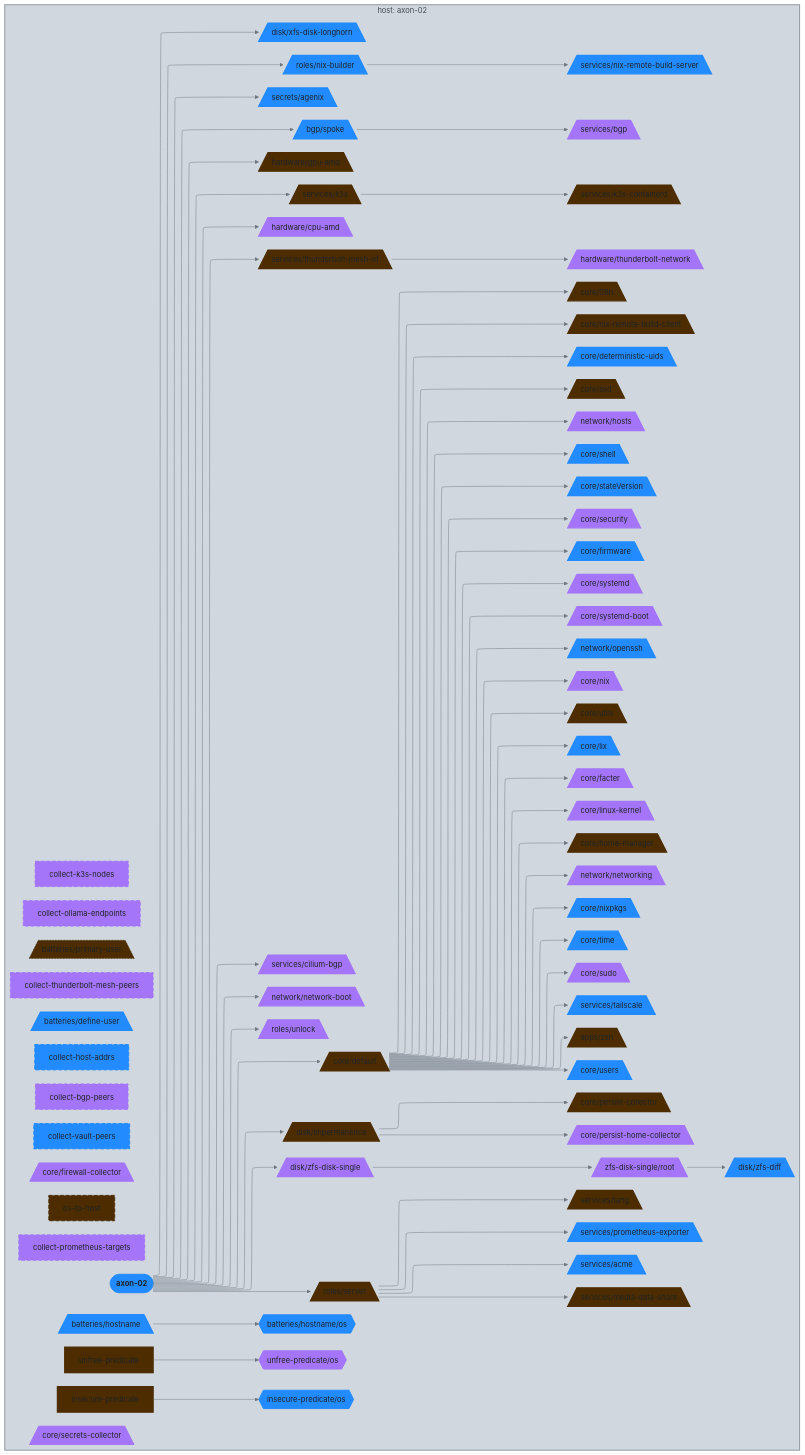
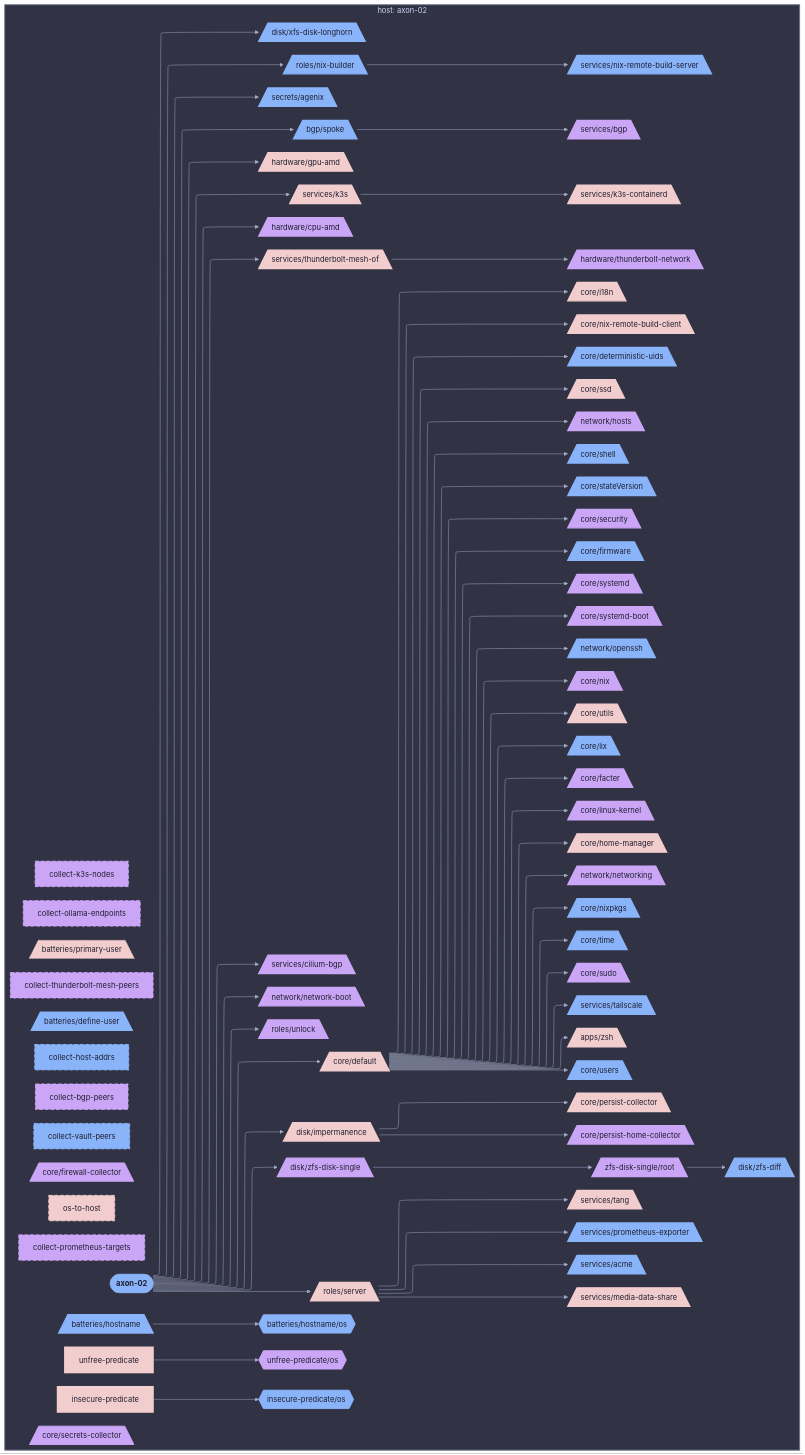
The diagram in diagrams/hosts/axon-02/aspects.md (sini/nix-config), drawn with Mermaid before and after one commit. The commit also changed 142 other files, not shown here.

First line of the commit message:
feat(diagrams): use projectScope for per-host/user views

````diff
--- a/diagrams/hosts/axon-02/aspects.md
+++ b/diagrams/hosts/axon-02/aspects.md
@@ -5,5 +5,5 @@
 ```mermaid
-%%{init: {"elk":{"mergeEdges":true,"nodePlacementStrategy":"BRANDES_KOEPF"},"flowchart":{"wrappingWidth":600},"layout":"elk","theme":"base","themeVariables":{"activationBkgColor":"#d0d7de","activationBorderColor":"#8c959f","actorBkg":"#d0d7de","actorBorder":"#6e7781","actorLineColor":"#6e7781","actorTextColor":"#424a53","background":"#eaeef2","classText":"#424a53","clusterBkg":"#d0d7de","clusterBorder":"#8c959f","edgeLabelBackground":"#eaeef2","labelBoxBkgColor":"#d0d7de","labelBoxBorderColor":"#6e7781","labelTextColor":"#424a53","lineColor":"#6e7781","loopTextColor":"#424a53","mainBkg":"#d0d7de","nodeBkg":"#d0d7de","nodeBorder":"#6e7781","nodeTextColor":"#424a53","noteBkgColor":"#d0d7de","noteBorderColor":"#8c959f","noteTextColor":"#424a53","pie1":"#fa4549","pie2":"#e16f24","pie3":"#bf8700","pie4":"#2da44e","pie5":"#339D9B","pie6":"#218bff","pie7":"#a475f9","pie8":"#4d2d00","pieLegendTextColor":"#424a53","pieOuterStrokeColor":"#8c959f","pieSectionTextColor":"#424a53","pieStrokeColor":"#8c959f","pieTitleTextColor":"#424a53","primaryBorderColor":"#6e7781","primaryColor":"#d0d7de","primaryTextColor":"#424a53","secondBkg":"#d0d7de","secondaryBorderColor":"#8c959f","secondaryColor":"#d0d7de","secondaryTextColor":"#424a53","sequenceNumberColor":"#eaeef2","signalColor":"#6e7781","signalTextColor":"#424a53","tertiaryBorderColor":"#8c959f","tertiaryColor":"#d0d7de","tertiaryTextColor":"#424a53","textColor":"#424a53","titleColor":"#424a53"}}}%%
+%%{init: {"elk":{"mergeEdges":true,"nodePlacementStrategy":"BRANDES_KOEPF"},"flowchart":{"wrappingWidth":600},"layout":"elk","theme":"base","themeVariables":{"activationBkgColor":"#313244","activationBorderColor":"#6c7086","actorBkg":"#313244","actorBorder":"#a6adc8","actorLineColor":"#a6adc8","actorTextColor":"#cdd6f4","background":"#1e1e2e","classText":"#cdd6f4","clusterBkg":"#313244","clusterBorder":"#6c7086","edgeLabelBackground":"#1e1e2e","labelBoxBkgColor":"#313244","labelBoxBorderColor":"#a6adc8","labelTextColor":"#cdd6f4","lineColor":"#a6adc8","loopTextColor":"#cdd6f4","mainBkg":"#313244","nodeBkg":"#313244","nodeBorder":"#a6adc8","nodeTextColor":"#cdd6f4","noteBkgColor":"#313244","noteBorderColor":"#6c7086","noteTextColor":"#cdd6f4","pie1":"#f38ba8","pie2":"#fab387","pie3":"#f9e2af","pie4":"#a6e3a1","pie5":"#94e2d5","pie6":"#89b4fa","pie7":"#cba6f7","pie8":"#f2cdcd","pieLegendTextColor":"#cdd6f4","pieOuterStrokeColor":"#6c7086","pieSectionTextColor":"#cdd6f4","pieStrokeColor":"#6c7086","pieTitleTextColor":"#cdd6f4","primaryBorderColor":"#a6adc8","primaryColor":"#313244","primaryTextColor":"#cdd6f4","secondBkg":"#313244","secondaryBorderColor":"#6c7086","secondaryColor":"#313244","secondaryTextColor":"#cdd6f4","sequenceNumberColor":"#1e1e2e","signalColor":"#a6adc8","signalTextColor":"#cdd6f4","tertiaryBorderColor":"#6c7086","tertiaryColor":"#313244","tertiaryTextColor":"#cdd6f4","textColor":"#cdd6f4","titleColor":"#cdd6f4"}}}%%
 graph LR
   axon_02([axon-02]):::root
 
@@ -136,85 +136,85 @@
   end
 
 
-  classDef root fill:#218bff,stroke:#218bff,color:#1f2328,font-weight:bold
-  classDef services__acme_c fill:#218bff,stroke:#218bff,color:#1f2328,stroke-width:3px
-  classDef secrets__agenix_c fill:#218bff,stroke:#218bff,color:#1f2328,stroke-width:3px
-  classDef apps_c fill:#2da44e,stroke:#2da44e,color:#1f2328,stroke-dasharray: 3 3,stroke-width:1px
-  classDef axon_02_c fill:#a475f9,stroke:#a475f9,color:#1f2328,stroke-width:3px
-  classDef services__bgp_c fill:#a475f9,stroke:#a475f9,color:#1f2328,stroke-width:3px
-  classDef services__cilium_bgp_c fill:#a475f9,stroke:#a475f9,color:#1f2328,stroke-width:3px
-  classDef collect_bgp_peers_c fill:#a475f9,stroke:#a475f9,color:#1f2328,stroke-width:2px,stroke-dasharray: 8 4
-  classDef collect_host_addrs_c fill:#218bff,stroke:#218bff,color:#1f2328,stroke-width:2px,stroke-dasharray: 8 4
-  classDef collect_k3s_nodes_c fill:#a475f9,stroke:#a475f9,color:#1f2328,stroke-width:2px,stroke-dasharray: 8 4
-  classDef collect_ollama_endpoints_c fill:#a475f9,stroke:#a475f9,color:#1f2328,stroke-width:2px,stroke-dasharray: 8 4
-  classDef collect_prometheus_targets_c fill:#a475f9,stroke:#a475f9,color:#1f2328,stroke-width:2px,stroke-dasharray: 8 4
-  classDef collect_thunderbolt_mesh_peers_c fill:#a475f9,stroke:#a475f9,color:#1f2328,stroke-width:2px,stroke-dasharray: 8 4
-  classDef collect_vault_peers_c fill:#218bff,stroke:#218bff,color:#1f2328,stroke-width:2px,stroke-dasharray: 8 4
-  classDef core_c fill:#bf8700,stroke:#bf8700,color:#1f2328,stroke-dasharray: 3 3,stroke-width:1px
-  classDef hardware__cpu_amd_c fill:#a475f9,stroke:#a475f9,color:#1f2328,stroke-width:3px
-  classDef core__default_c fill:#4d2d00,stroke:#4d2d00,color:#1f2328,stroke-width:3px
-  classDef den__batteries__define_user_c fill:#218bff,stroke:#218bff,color:#1f2328,stroke-width:3px
-  classDef core__deterministic_uids_c fill:#218bff,stroke:#218bff,color:#1f2328,stroke-width:3px
-  classDef disk_c fill:#2da44e,stroke:#2da44e,color:#1f2328,stroke-dasharray: 3 3,stroke-width:1px
-  classDef core__facter_c fill:#a475f9,stroke:#a475f9,color:#1f2328,stroke-width:3px
-  classDef core__firewall_collector_c fill:#a475f9,stroke:#a475f9,color:#1f2328,stroke-width:2px
-  classDef core__firmware_c fill:#218bff,stroke:#218bff,color:#1f2328,stroke-width:3px
-  classDef hardware__gpu_amd_c fill:#4d2d00,stroke:#4d2d00,color:#1f2328,stroke-width:3px
-  classDef hardware_c fill:#2da44e,stroke:#2da44e,color:#1f2328,stroke-dasharray: 3 3,stroke-width:1px
-  classDef core__home_manager_c fill:#4d2d00,stroke:#4d2d00,color:#1f2328,stroke-width:3px
-  classDef den__batteries__hostname_c fill:#218bff,stroke:#218bff,color:#1f2328,stroke-width:3px
-  classDef den__batteries__hostname__os_c fill:#218bff,stroke:#218bff,color:#1f2328,stroke-width:2px
-  classDef network__hosts_c fill:#a475f9,stroke:#a475f9,color:#1f2328,stroke-width:3px
-  classDef core__i18n_c fill:#4d2d00,stroke:#4d2d00,color:#1f2328,stroke-width:3px
-  classDef disk__impermanence_c fill:#4d2d00,stroke:#4d2d00,color:#1f2328,stroke-width:3px
-  classDef insecure_predicate_c fill:#4d2d00,stroke:#4d2d00,color:#1f2328,stroke-width:3px
-  classDef insecure_predicate__os_c fill:#218bff,stroke:#218bff,color:#1f2328,stroke-width:2px
-  classDef services__k3s_c fill:#4d2d00,stroke:#4d2d00,color:#1f2328,stroke-width:3px
-  classDef services__k3s_containerd_c fill:#4d2d00,stroke:#4d2d00,color:#1f2328,stroke-width:3px
-  classDef core__linux_kernel_c fill:#a475f9,stroke:#a475f9,color:#1f2328,stroke-width:3px
-  classDef core__lix_c fill:#218bff,stroke:#218bff,color:#1f2328,stroke-width:3px
-  classDef services__media_data_share_c fill:#4d2d00,stroke:#4d2d00,color:#1f2328,stroke-width:3px
-  classDef network_c fill:#e16f24,stroke:#e16f24,color:#1f2328,stroke-dasharray: 3 3,stroke-width:1px
-  classDef network__network_boot_c fill:#a475f9,stroke:#a475f9,color:#1f2328,stroke-width:3px
-  classDef network__networking_c fill:#a475f9,stroke:#a475f9,color:#1f2328,stroke-width:3px
-  classDef core__nix_c fill:#a475f9,stroke:#a475f9,color:#1f2328,stroke-width:3px
-  classDef roles__nix_builder_c fill:#218bff,stroke:#218bff,color:#1f2328,stroke-width:3px
-  classDef core__nix_remote_build_client_c fill:#4d2d00,stroke:#4d2d00,color:#1f2328,stroke-width:3px
-  classDef services__nix_remote_build_server_c fill:#218bff,stroke:#218bff,color:#1f2328,stroke-width:3px
-  classDef core__nixpkgs_c fill:#218bff,stroke:#218bff,color:#1f2328,stroke-width:3px
-  classDef network__openssh_c fill:#218bff,stroke:#218bff,color:#1f2328,stroke-width:3px
-  classDef os_to_host_c fill:#4d2d00,stroke:#4d2d00,color:#1f2328,stroke-width:2px,stroke-dasharray: 8 4
-  classDef core__persist_collector_c fill:#4d2d00,stroke:#4d2d00,color:#1f2328,stroke-width:3px
-  classDef core__persist_home_collector_c fill:#a475f9,stroke:#a475f9,color:#1f2328,stroke-width:3px
-  classDef den__batteries__primary_user_c fill:#4d2d00,stroke:#4d2d00,color:#1f2328,stroke-dasharray: 3 3,stroke-width:1px
-  classDef services__prometheus_exporter_c fill:#218bff,stroke:#218bff,color:#1f2328,stroke-width:3px
-  classDef roles_c fill:#2da44e,stroke:#2da44e,color:#1f2328,stroke-dasharray: 3 3,stroke-width:1px
-  classDef disk__zfs_disk_single__root_c fill:#a475f9,stroke:#a475f9,color:#1f2328,stroke-width:3px
-  classDef secrets_c fill:#bf8700,stroke:#bf8700,color:#1f2328,stroke-dasharray: 3 3,stroke-width:1px
-  classDef core__secrets_collector_c fill:#a475f9,stroke:#a475f9,color:#1f2328,stroke-width:2px
-  classDef core__security_c fill:#a475f9,stroke:#a475f9,color:#1f2328,stroke-width:3px
-  classDef roles__server_c fill:#4d2d00,stroke:#4d2d00,color:#1f2328,stroke-width:3px
-  classDef services_c fill:#2da44e,stroke:#2da44e,color:#1f2328,stroke-dasharray: 3 3,stroke-width:1px
-  classDef core__shell_c fill:#218bff,stroke:#218bff,color:#1f2328,stroke-width:3px
-  classDef services__bgp__spoke_c fill:#218bff,stroke:#218bff,color:#1f2328,stroke-width:3px
-  classDef core__ssd_c fill:#4d2d00,stroke:#4d2d00,color:#1f2328,stroke-width:3px
-  classDef core__stateVersion_c fill:#218bff,stroke:#218bff,color:#1f2328,stroke-width:3px
-  classDef core__sudo_c fill:#a475f9,stroke:#a475f9,color:#1f2328,stroke-width:3px
-  classDef core__systemd_c fill:#a475f9,stroke:#a475f9,color:#1f2328,stroke-width:3px
-  classDef core__systemd_boot_c fill:#a475f9,stroke:#a475f9,color:#1f2328,stroke-width:3px
-  classDef services__tailscale_c fill:#218bff,stroke:#218bff,color:#1f2328,stroke-width:3px
-  classDef services__tang_c fill:#4d2d00,stroke:#4d2d00,color:#1f2328,stroke-width:3px
-  classDef services__thunderbolt_mesh_of_c fill:#4d2d00,stroke:#4d2d00,color:#1f2328,stroke-width:3px
-  classDef hardware__thunderbolt_network_c fill:#a475f9,stroke:#a475f9,color:#1f2328,stroke-width:3px
-  classDef core__time_c fill:#218bff,stroke:#218bff,color:#1f2328,stroke-width:3px
-  classDef unfree_predicate_c fill:#4d2d00,stroke:#4d2d00,color:#1f2328,stroke-width:3px
-  classDef unfree_predicate__os_c fill:#a475f9,stroke:#a475f9,color:#1f2328,stroke-width:2px
-  classDef roles__unlock_c fill:#a475f9,stroke:#a475f9,color:#1f2328,stroke-width:3px
-  classDef core__users_c fill:#218bff,stroke:#218bff,color:#1f2328,stroke-width:3px
-  classDef core__utils_c fill:#4d2d00,stroke:#4d2d00,color:#1f2328,stroke-width:3px
-  classDef disk__xfs_disk_longhorn_c fill:#218bff,stroke:#218bff,color:#1f2328,stroke-width:3px
-  classDef disk__zfs_diff_c fill:#218bff,stroke:#218bff,color:#1f2328,stroke-width:3px
-  classDef disk__zfs_disk_single_c fill:#a475f9,stroke:#a475f9,color:#1f2328,stroke-width:3px
-  classDef apps__zsh_c fill:#4d2d00,stroke:#4d2d00,color:#1f2328,stroke-width:3px
-style ctx_host_axon_02 fill:#d0d7de,stroke:#8c959f,stroke-width:2px
+  classDef root fill:#89b4fa,stroke:#89b4fa,color:#1e1e2e,font-weight:bold
+  classDef services__acme_c fill:#89b4fa,stroke:#89b4fa,color:#1e1e2e,stroke-width:3px
+  classDef secrets__agenix_c fill:#89b4fa,stroke:#89b4fa,color:#1e1e2e,stroke-width:3px
+  classDef apps_c fill:#a6e3a1,stroke:#a6e3a1,color:#1e1e2e,stroke-dasharray: 3 3,stroke-width:1px
+  classDef axon_02_c fill:#cba6f7,stroke:#cba6f7,color:#1e1e2e,stroke-width:3px
+  classDef services__bgp_c fill:#cba6f7,stroke:#cba6f7,color:#1e1e2e,stroke-width:3px
+  classDef services__cilium_bgp_c fill:#cba6f7,stroke:#cba6f7,color:#1e1e2e,stroke-width:3px
+  classDef collect_bgp_peers_c fill:#cba6f7,stroke:#cba6f7,color:#1e1e2e,stroke-width:2px,stroke-dasharray: 8 4
+  classDef collect_host_addrs_c fill:#89b4fa,stroke:#89b4fa,color:#1e1e2e,stroke-width:2px,stroke-dasharray: 8 4
+  classDef collect_k3s_nodes_c fill:#cba6f7,stroke:#cba6f7,color:#1e1e2e,stroke-width:2px,stroke-dasharray: 8 4
+  classDef collect_ollama_endpoints_c fill:#cba6f7,stroke:#cba6f7,color:#1e1e2e,stroke-width:2px,stroke-dasharray: 8 4
+  classDef collect_prometheus_targets_c fill:#cba6f7,stroke:#cba6f7,color:#1e1e2e,stroke-width:2px,stroke-dasharray: 8 4
+  classDef collect_thunderbolt_mesh_peers_c fill:#cba6f7,stroke:#cba6f7,color:#1e1e2e,stroke-width:2px,stroke-dasharray: 8 4
+  classDef collect_vault_peers_c fill:#89b4fa,stroke:#89b4fa,color:#1e1e2e,stroke-width:2px,stroke-dasharray: 8 4
+  classDef core_c fill:#f9e2af,stroke:#f9e2af,color:#1e1e2e,stroke-dasharray: 3 3,stroke-width:1px
+  classDef hardware__cpu_amd_c fill:#cba6f7,stroke:#cba6f7,color:#1e1e2e,stroke-width:3px
+  classDef core__default_c fill:#f2cdcd,stroke:#f2cdcd,color:#1e1e2e,stroke-width:3px
+  classDef den__batteries__define_user_c fill:#89b4fa,stroke:#89b4fa,color:#1e1e2e,stroke-width:3px
+  classDef core__deterministic_uids_c fill:#89b4fa,stroke:#89b4fa,color:#1e1e2e,stroke-width:3px
+  classDef disk_c fill:#a6e3a1,stroke:#a6e3a1,color:#1e1e2e,stroke-dasharray: 3 3,stroke-width:1px
+  classDef core__facter_c fill:#cba6f7,stroke:#cba6f7,color:#1e1e2e,stroke-width:3px
+  classDef core__firewall_collector_c fill:#cba6f7,stroke:#cba6f7,color:#1e1e2e,stroke-width:2px
+  classDef core__firmware_c fill:#89b4fa,stroke:#89b4fa,color:#1e1e2e,stroke-width:3px
+  classDef hardware__gpu_amd_c fill:#f2cdcd,stroke:#f2cdcd,color:#1e1e2e,stroke-width:3px
+  classDef hardware_c fill:#a6e3a1,stroke:#a6e3a1,color:#1e1e2e,stroke-dasharray: 3 3,stroke-width:1px
+  classDef core__home_manager_c fill:#f2cdcd,stroke:#f2cdcd,color:#1e1e2e,stroke-width:3px
+  classDef den__batteries__hostname_c fill:#89b4fa,stroke:#89b4fa,color:#1e1e2e,stroke-width:3px
+  classDef den__batteries__hostname__os_c fill:#89b4fa,stroke:#89b4fa,color:#1e1e2e,stroke-width:2px
+  classDef network__hosts_c fill:#cba6f7,stroke:#cba6f7,color:#1e1e2e,stroke-width:3px
+  classDef core__i18n_c fill:#f2cdcd,stroke:#f2cdcd,color:#1e1e2e,stroke-width:3px
+  classDef disk__impermanence_c fill:#f2cdcd,stroke:#f2cdcd,color:#1e1e2e,stroke-width:3px
+  classDef insecure_predicate_c fill:#f2cdcd,stroke:#f2cdcd,color:#1e1e2e,stroke-width:3px
+  classDef insecure_predicate__os_c fill:#89b4fa,stroke:#89b4fa,color:#1e1e2e,stroke-width:2px
+  classDef services__k3s_c fill:#f2cdcd,stroke:#f2cdcd,color:#1e1e2e,stroke-width:3px
+  classDef services__k3s_containerd_c fill:#f2cdcd,stroke:#f2cdcd,color:#1e1e2e,stroke-width:3px
+  classDef core__linux_kernel_c fill:#cba6f7,stroke:#cba6f7,color:#1e1e2e,stroke-width:3px
+  classDef core__lix_c fill:#89b4fa,stroke:#89b4fa,color:#1e1e2e,stroke-width:3px
+  classDef services__media_data_share_c fill:#f2cdcd,stroke:#f2cdcd,color:#1e1e2e,stroke-width:3px
+  classDef network_c fill:#fab387,stroke:#fab387,color:#1e1e2e,stroke-dasharray: 3 3,stroke-width:1px
+  classDef network__network_boot_c fill:#cba6f7,stroke:#cba6f7,color:#1e1e2e,stroke-width:3px
+  classDef network__networking_c fill:#cba6f7,stroke:#cba6f7,color:#1e1e2e,stroke-width:3px
+  classDef core__nix_c fill:#cba6f7,stroke:#cba6f7,color:#1e1e2e,stroke-width:3px
+  classDef roles__nix_builder_c fill:#89b4fa,stroke:#89b4fa,color:#1e1e2e,stroke-width:3px
+  classDef core__nix_remote_build_client_c fill:#f2cdcd,stroke:#f2cdcd,color:#1e1e2e,stroke-width:3px
+  classDef services__nix_remote_build_server_c fill:#89b4fa,stroke:#89b4fa,color:#1e1e2e,stroke-width:3px
+  classDef core__nixpkgs_c fill:#89b4fa,stroke:#89b4fa,color:#1e1e2e,stroke-width:3px
+  classDef network__openssh_c fill:#89b4fa,stroke:#89b4fa,color:#1e1e2e,stroke-width:3px
+  classDef os_to_host_c fill:#f2cdcd,stroke:#f2cdcd,color:#1e1e2e,stroke-width:2px,stroke-dasharray: 8 4
+  classDef core__persist_collector_c fill:#f2cdcd,stroke:#f2cdcd,color:#1e1e2e,stroke-width:3px
+  classDef core__persist_home_collector_c fill:#cba6f7,stroke:#cba6f7,color:#1e1e2e,stroke-width:3px
+  classDef den__batteries__primary_user_c fill:#f2cdcd,stroke:#f2cdcd,color:#1e1e2e,stroke-dasharray: 3 3,stroke-width:1px
+  classDef services__prometheus_exporter_c fill:#89b4fa,stroke:#89b4fa,color:#1e1e2e,stroke-width:3px
+  classDef roles_c fill:#a6e3a1,stroke:#a6e3a1,color:#1e1e2e,stroke-dasharray: 3 3,stroke-width:1px
+  classDef disk__zfs_disk_single__root_c fill:#cba6f7,stroke:#cba6f7,color:#1e1e2e,stroke-width:3px
+  classDef secrets_c fill:#f9e2af,stroke:#f9e2af,color:#1e1e2e,stroke-dasharray: 3 3,stroke-width:1px
+  classDef core__secrets_collector_c fill:#cba6f7,stroke:#cba6f7,color:#1e1e2e,stroke-width:2px
+  classDef core__security_c fill:#cba6f7,stroke:#cba6f7,color:#1e1e2e,stroke-width:3px
+  classDef roles__server_c fill:#f2cdcd,stroke:#f2cdcd,color:#1e1e2e,stroke-width:3px
+  classDef services_c fill:#a6e3a1,stroke:#a6e3a1,color:#1e1e2e,stroke-dasharray: 3 3,stroke-width:1px
+  classDef core__shell_c fill:#89b4fa,stroke:#89b4fa,color:#1e1e2e,stroke-width:3px
+  classDef services__bgp__spoke_c fill:#89b4fa,stroke:#89b4fa,color:#1e1e2e,stroke-width:3px
+  classDef core__ssd_c fill:#f2cdcd,stroke:#f2cdcd,color:#1e1e2e,stroke-width:3px
+  classDef core__stateVersion_c fill:#89b4fa,stroke:#89b4fa,color:#1e1e2e,stroke-width:3px
+  classDef core__sudo_c fill:#cba6f7,stroke:#cba6f7,color:#1e1e2e,stroke-width:3px
+  classDef core__systemd_c fill:#cba6f7,stroke:#cba6f7,color:#1e1e2e,stroke-width:3px
+  classDef core__systemd_boot_c fill:#cba6f7,stroke:#cba6f7,color:#1e1e2e,stroke-width:3px
+  classDef services__tailscale_c fill:#89b4fa,stroke:#89b4fa,color:#1e1e2e,stroke-width:3px
+  classDef services__tang_c fill:#f2cdcd,stroke:#f2cdcd,color:#1e1e2e,stroke-width:3px
+  classDef services__thunderbolt_mesh_of_c fill:#f2cdcd,stroke:#f2cdcd,color:#1e1e2e,stroke-width:3px
+  classDef hardware__thunderbolt_network_c fill:#cba6f7,stroke:#cba6f7,color:#1e1e2e,stroke-width:3px
+  classDef core__time_c fill:#89b4fa,stroke:#89b4fa,color:#1e1e2e,stroke-width:3px
+  classDef unfree_predicate_c fill:#f2cdcd,stroke:#f2cdcd,color:#1e1e2e,stroke-width:3px
+  classDef unfree_predicate__os_c fill:#cba6f7,stroke:#cba6f7,color:#1e1e2e,stroke-width:2px
+  classDef roles__unlock_c fill:#cba6f7,stroke:#cba6f7,color:#1e1e2e,stroke-width:3px
+  classDef core__users_c fill:#89b4fa,stroke:#89b4fa,color:#1e1e2e,stroke-width:3px
+  classDef core__utils_c fill:#f2cdcd,stroke:#f2cdcd,color:#1e1e2e,stroke-width:3px
+  classDef disk__xfs_disk_longhorn_c fill:#89b4fa,stroke:#89b4fa,color:#1e1e2e,stroke-width:3px
+  classDef disk__zfs_diff_c fill:#89b4fa,stroke:#89b4fa,color:#1e1e2e,stroke-width:3px
+  classDef disk__zfs_disk_single_c fill:#cba6f7,stroke:#cba6f7,color:#1e1e2e,stroke-width:3px
+  classDef apps__zsh_c fill:#f2cdcd,stroke:#f2cdcd,color:#1e1e2e,stroke-width:3px
+style ctx_host_axon_02 fill:#313244,stroke:#6c7086,stroke-width:2px
 ```
````
